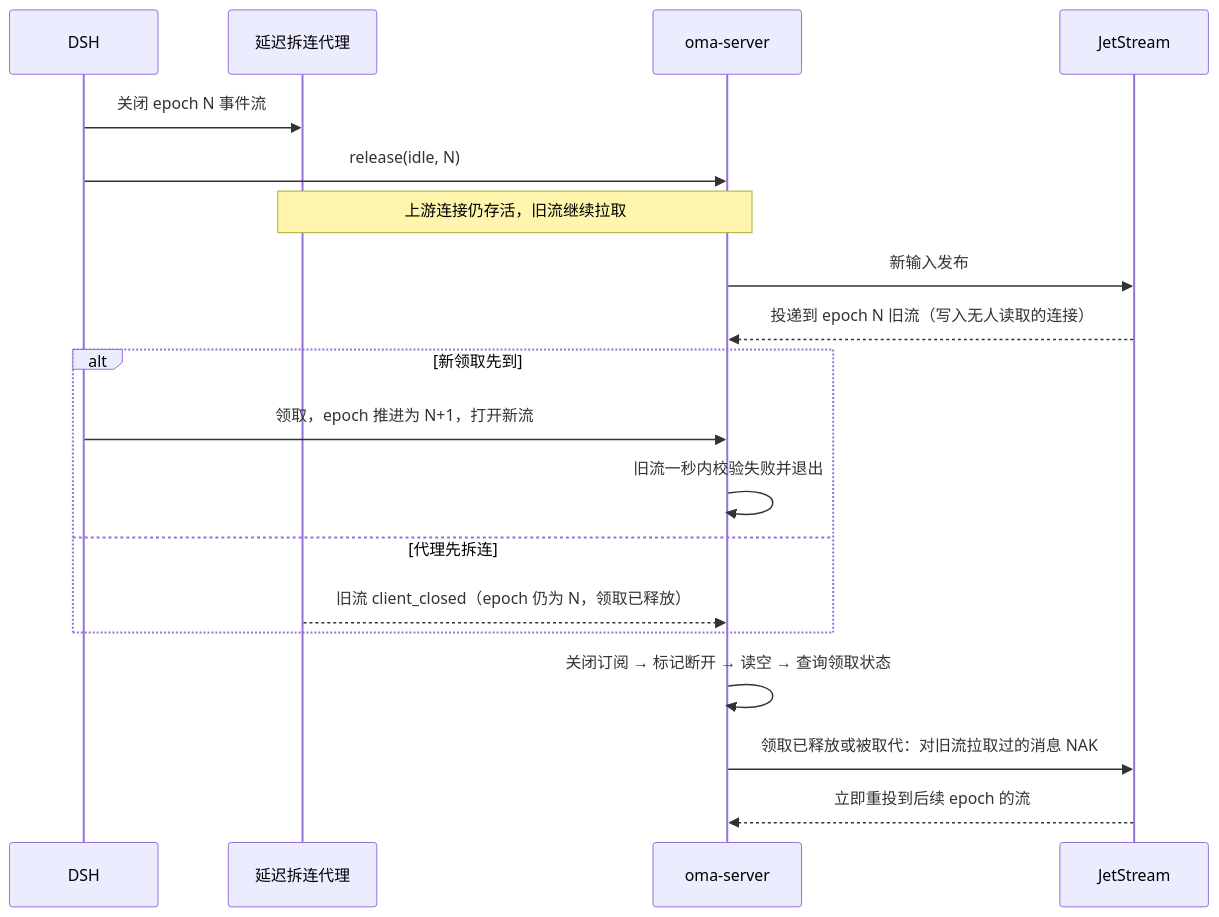
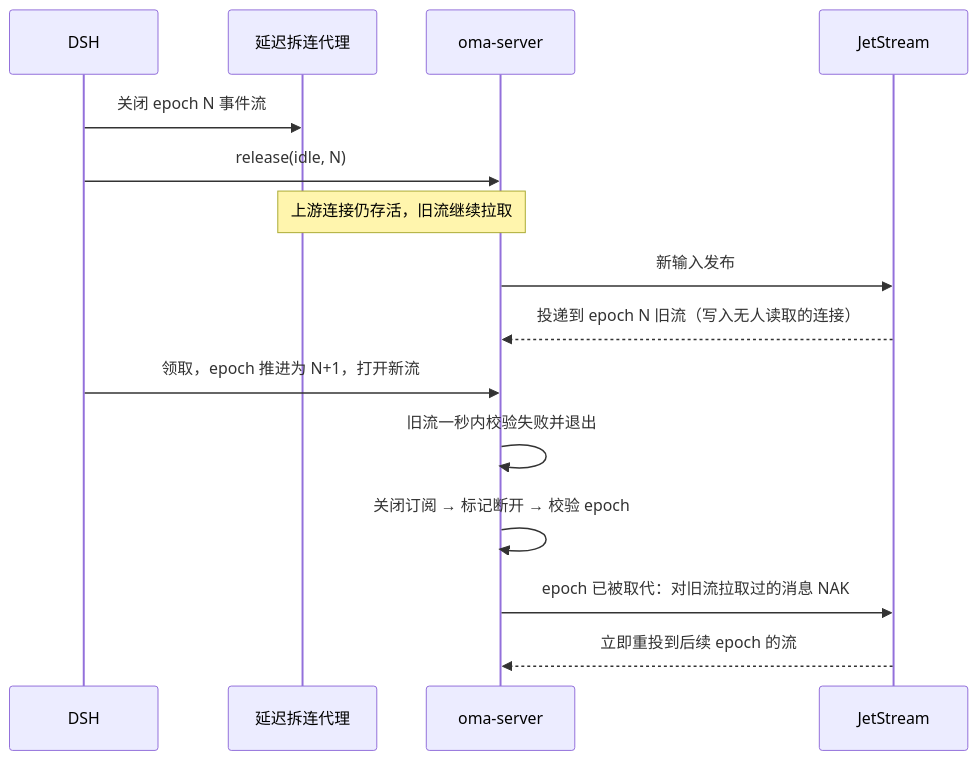
One commit to superduck-ai/open-managed-agents changed the third of 3 diagrams in docs/design/be/brain-worker-claim.md. Above: the diagram before and after it, drawn with Mermaid. The commit also changed other lines of this file and 12 other files, not shown here.

````diff
--- a/docs/design/be/brain-worker-claim.md
+++ b/docs/design/be/brain-worker-claim.md
@@ -222,21 +220,17 @@
 ```mermaid
 sequenceDiagram
     participant DSH
     participant Proxy as 延迟拆连代理
     participant API as oma-server
     participant JS as JetStream
     DSH->>Proxy: 关闭 epoch N 事件流
     DSH->>API: release(idle, N)
     Note over Proxy,API: 上游连接仍存活，旧流继续拉取
     API->>JS: 新输入发布
     JS-->>API: 投递到 epoch N 旧流（写入无人读取的连接）
-    alt 新领取先到
-        DSH->>API: 领取，epoch 推进为 N+1，打开新流
-        API->>API: 旧流一秒内校验失败并退出
-    else 代理先拆连
-        Proxy-->>API: 旧流 client_closed（epoch 仍为 N，领取已释放）
-    end
-    API->>API: 关闭订阅 → 标记断开 → 读空 → 查询领取状态
-    API->>JS: 领取已释放或被取代：对旧流拉取过的消息 NAK
+    DSH->>API: 领取，epoch 推进为 N+1，打开新流
+    API->>API: 旧流一秒内校验失败并退出
+    API->>API: 关闭订阅 → 标记断开 → 校验 epoch
+    API->>JS: epoch 已被取代：对旧流拉取过的消息 NAK
     JS-->>API: 立即重投到后续 epoch 的流
 ```
````
